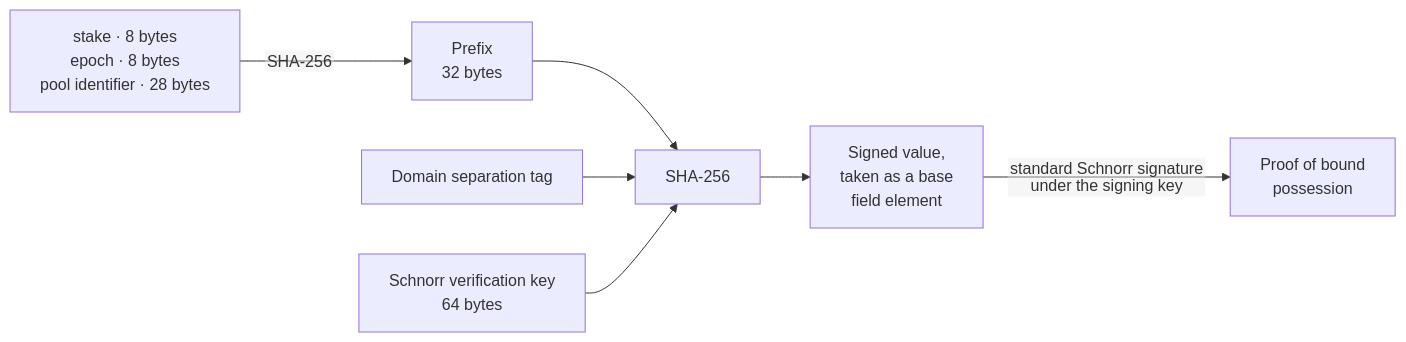
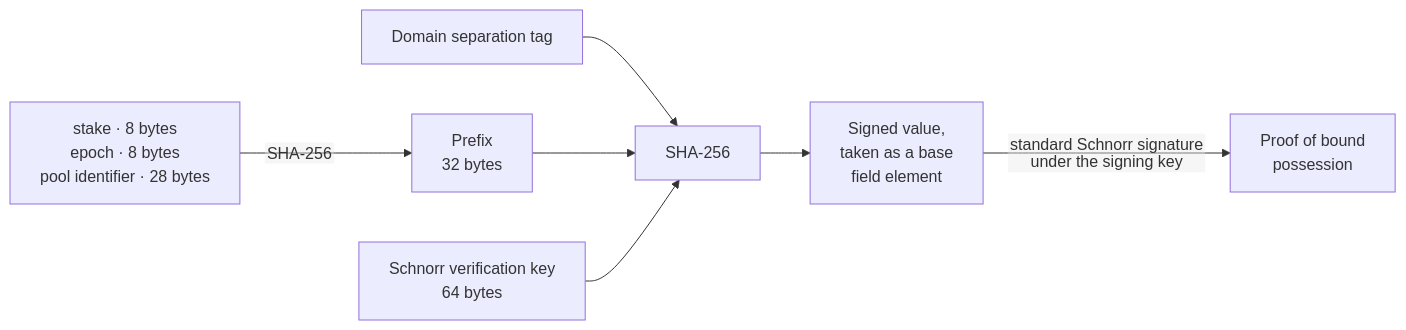
Before and after one commit to HusseinAdeiza/mithril: diagram 13 of 13 in mithril-stm/SNARK.md, drawn with Mermaid. The commit also changed other lines of this file, not shown here.

````diff
--- a/mithril-stm/SNARK.md
+++ b/mithril-stm/SNARK.md
@@ -1567,18 +1561,18 @@
 ```mermaid
 %%{init: {"flowchart": {"htmlLabels": false, "wrappingWidth": 400}}}%%
 flowchart LR
     BIND["stake · 8 bytes<br/>epoch · 8 bytes<br/>pool identifier · 28 bytes"]
+    DST["Domain separation tag"]
     PREFIX["Prefix<br/>32 bytes"]
-    DST["Domain separation tag"]
     VK["Schnorr verification key<br/>64 bytes"]
     H["SHA-256"]
     VALUE["Signed value,<br/>taken as a base<br/>field element"]
     POBP["Proof of bound<br/>possession"]
 
     BIND -->|SHA-256| PREFIX
+    DST --> H
     PREFIX --> H
-    DST --> H
     VK --> H
     H --> VALUE
     VALUE -->|standard Schnorr signature<br/>under the signing key| POBP
 ```
````
